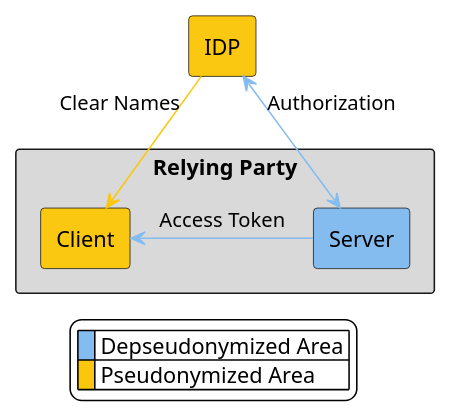
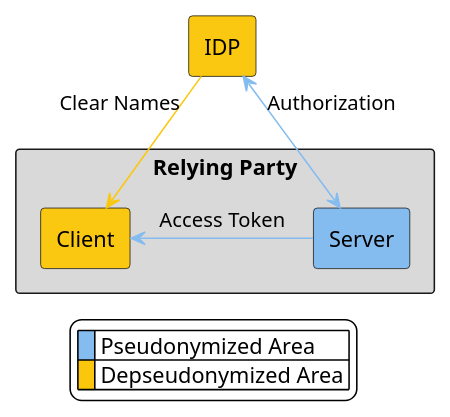
The diagram in diagrams/connection.puml (bettermarks/D16N), drawn with PlantUML before and after one commit. The commit also changed 1 other file, not shown here.

Commit message:
fix: flip area labels in diagram (#3)
* fix: flip area labels in diagram

* fix: create svg

---------

```diff
--- a/diagrams/connection.puml
+++ b/diagrams/connection.puml
@@ -1,20 +1,20 @@
 @startuml
 skinparam backgroundColor white
 
 rectangle IDP #FAC711
 
 rectangle RelyingParty as "Relying Party" #D9D9D9 {
   rectangle Client #FAC711
   rectangle Server #85BCF0
 }
 
 IDP "Authorization" <-[#85BCF0]down-> Server
 IDP "Clear Names" -[#FAC711]left-> Client
 Client <-[#85BCF0]right- Server : Access Token
 
  legend
- |<back:#85BCF0>   </back>| Depseudonymized Area |
- |<back:#FAC711>   </back>| Pseudonymized Area |
+ |<back:#85BCF0>   </back>| Pseudonymized Area |
+ |<back:#FAC711>   </back>| Depseudonymized Area |
  endlegend
 
 @enduml
```
